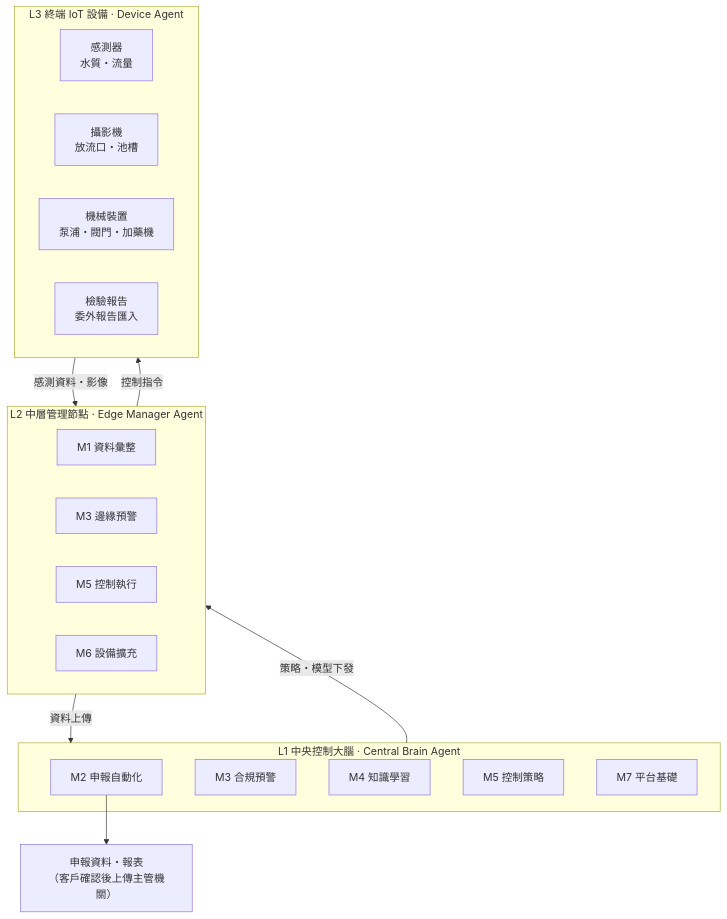
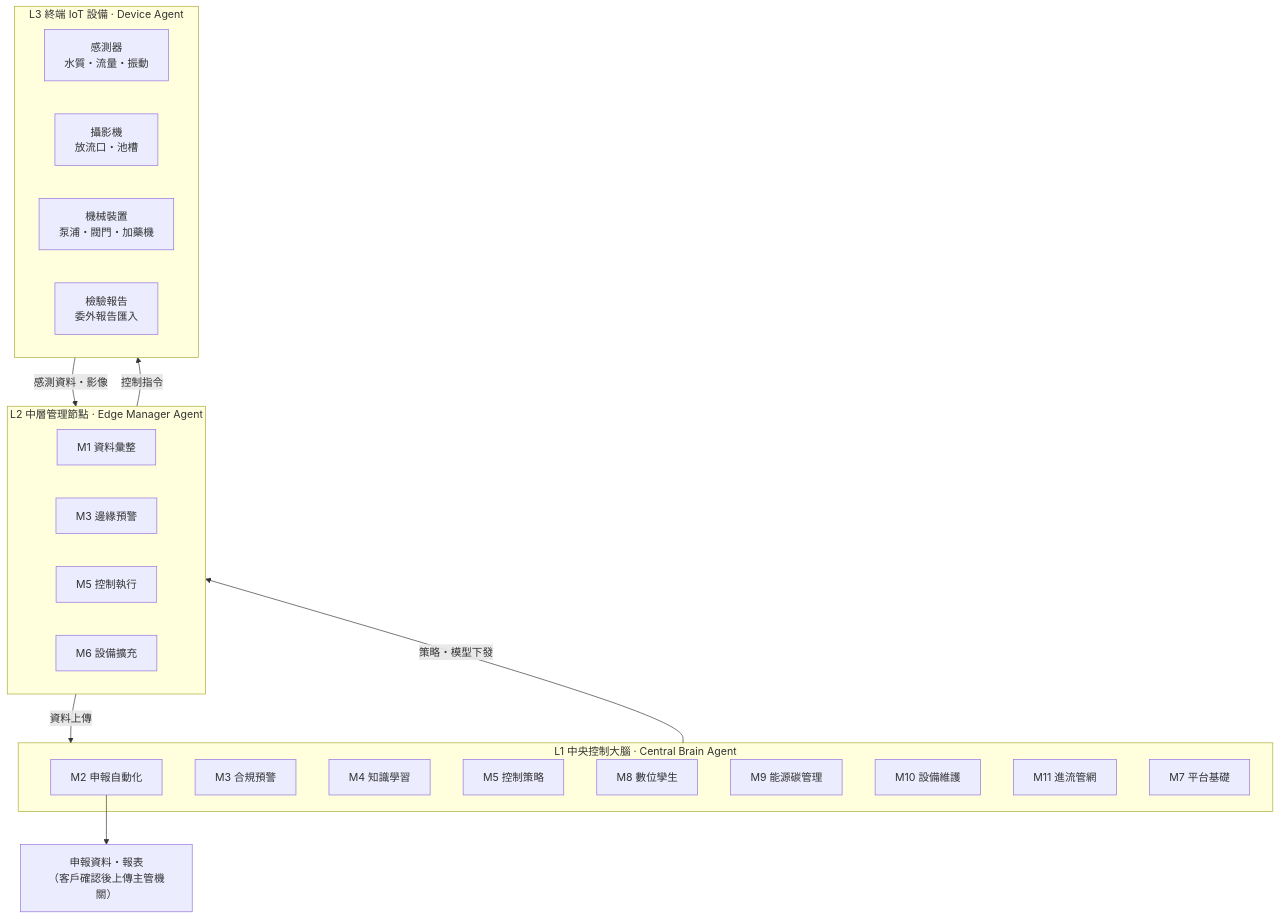
Before and after one commit to CAFECA-IO/WUCA: the first of 2 diagrams in README.md, drawn with Mermaid. The commit also changed other lines of this file and 1 other file, not shown here.

````diff
--- a/README.md
+++ b/README.md
@@ -20,28 +20,32 @@
 ```mermaid
 flowchart TB
     OUT["申報資料・報表<br/>（客戶確認後上傳主管機關）"]
     subgraph L1["L1 中央控制大腦 · Central Brain Agent"]
         M2["M2 申報自動化"]
         M3a["M3 合規預警"]
         M4["M4 知識學習"]
         M5a["M5 控制策略"]
+        M8["M8 數位孿生"]
+        M9["M9 能源碳管理"]
+        M10["M10 設備維護"]
+        M11["M11 進流管網"]
         M7["M7 平台基礎"]
     end
     subgraph L2["L2 中層管理節點 · Edge Manager Agent"]
         M1["M1 資料彙整"]
         M3b["M3 邊緣預警"]
         M5b["M5 控制執行"]
         M6["M6 設備擴充"]
     end
     subgraph L3["L3 終端 IoT 設備 · Device Agent"]
-        S["感測器<br/>水質・流量"]
+        S["感測器<br/>水質・流量・振動"]
         C["攝影機<br/>放流口・池槽"]
         A["機械裝置<br/>泵浦・閥門・加藥機"]
         R["檢驗報告<br/>委外報告匯入"]
     end
     M2 --> OUT
     L3 -- 感測資料・影像 --> L2
     L2 -- 資料上傳 --> L1
     L1 -- 策略・模型下發 --> L2
     L2 -- 控制指令 --> L3
 ```
````
